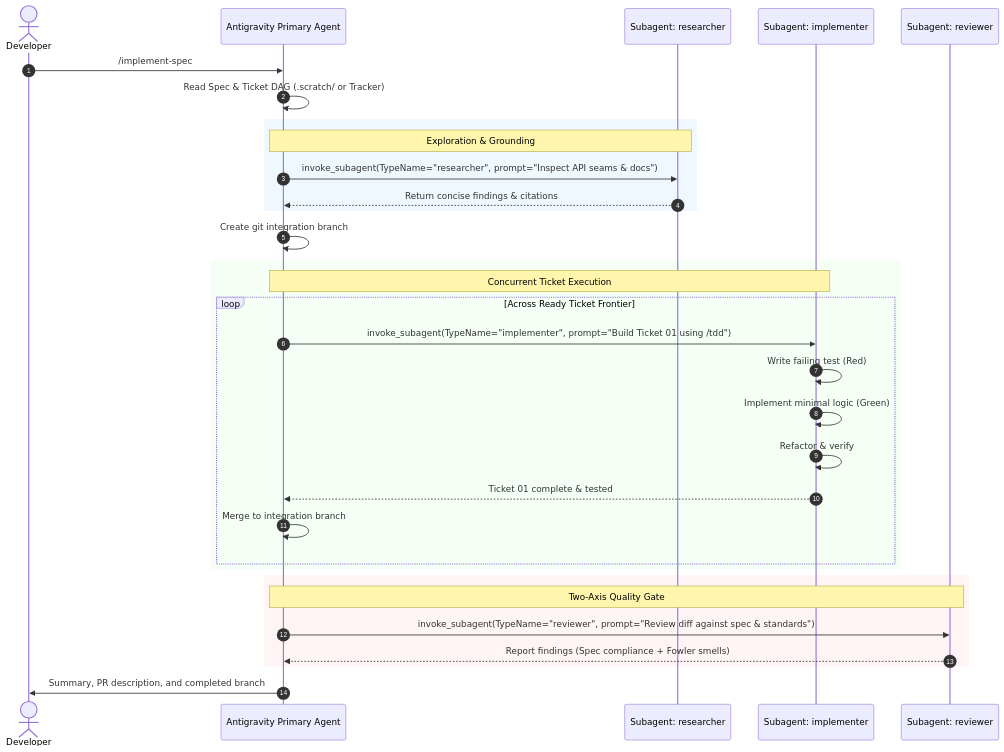
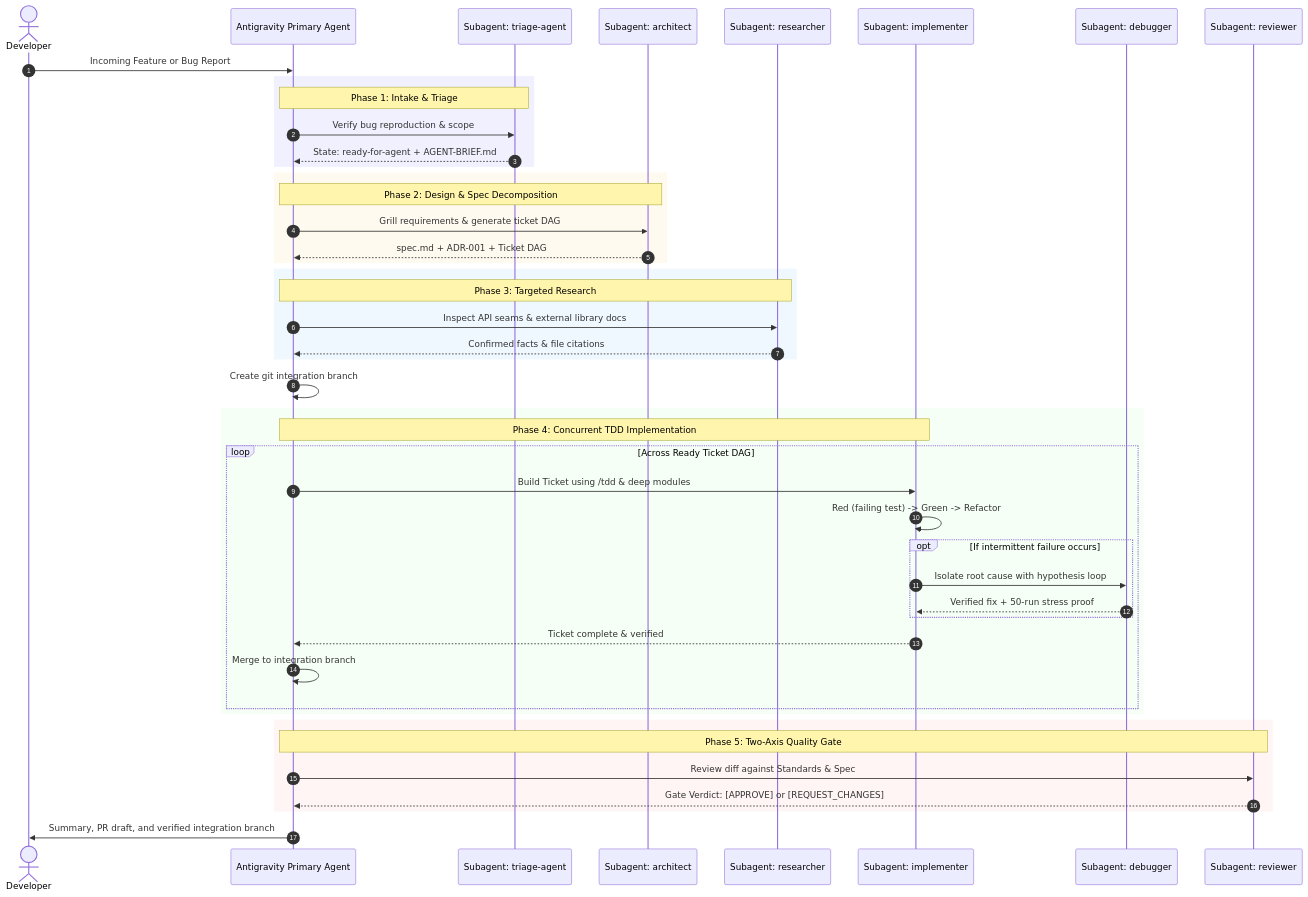
Before and after one commit to Saifallah-star/AEGIS: the second of 2 diagrams in illustration.md, drawn with Mermaid. The commit also changed other lines of this file and 9 other files, not shown here.

Commit message:
enhance agent documentation with new roles and detailed workflows for architect, debugger, and triage-agent

````diff
--- a/illustration.md
+++ b/illustration.md
@@ -114,40 +141,56 @@
 ```mermaid
 sequenceDiagram
     autonumber
     actor Human as Developer
     participant Main as Antigravity Primary Agent
+    participant Triage as Subagent: triage-agent
+    participant Architect as Subagent: architect
     participant Researcher as Subagent: researcher
     participant Implementer as Subagent: implementer
+    participant Debugger as Subagent: debugger
     participant Reviewer as Subagent: reviewer
 
-    Human->>Main: /implement-spec
-    Main->>Main: Read Spec & Ticket DAG (.scratch/ or Tracker)
+    Human->>Main: Incoming Feature or Bug Report
     
+    rect rgb(240, 240, 255)
+    note over Main,Triage: Phase 1: Intake & Triage
+    Main->>Triage: Verify bug reproduction & scope
+    Triage-->>Main: State: ready-for-agent + AGENT-BRIEF.md
+    end
+
+    rect rgb(255, 250, 240)
+    note over Main,Architect: Phase 2: Design & Spec Decomposition
+    Main->>Architect: Grill requirements & generate ticket DAG
+    Architect-->>Main: spec.md + ADR-001 + Ticket DAG
+    end
+
     rect rgb(240, 248, 255)
-    note over Main,Researcher: Exploration & Grounding
-    Main->>Researcher: invoke_subagent(TypeName="researcher", prompt="Inspect API seams & docs")
-    Researcher-->>Main: Return concise findings & citations
+    note over Main,Researcher: Phase 3: Targeted Research
+    Main->>Researcher: Inspect API seams & external library docs
+    Researcher-->>Main: Confirmed facts & file citations
     end
 
     Main->>Main: Create git integration branch
 
     rect rgb(245, 255, 245)
-    note over Main,Implementer: Concurrent Ticket Execution
-    loop Across Ready Ticket Frontier
-        Main->>Implementer: invoke_subagent(TypeName="implementer", prompt="Build Ticket 01 using /tdd")
-        Implementer->>Implementer: Write failing test (Red)
-        Implementer->>Implementer: Implement minimal logic (Green)
-        Implementer->>Implementer: Refactor & verify
-        Implementer-->>Main: Ticket 01 complete & tested
+    note over Main,Implementer: Phase 4: Concurrent TDD Implementation
+    loop Across Ready Ticket DAG
+        Main->>Implementer: Build Ticket using /tdd & deep modules
+        Implementer->>Implementer: Red (failing test) -> Green -> Refactor
+        opt If intermittent failure occurs
+            Implementer->>Debugger: Isolate root cause with hypothesis loop
+            Debugger-->>Implementer: Verified fix + 50-run stress proof
+        end
+        Implementer-->>Main: Ticket complete & verified
         Main->>Main: Merge to integration branch
     end
     end
 
     rect rgb(255, 245, 245)
-    note over Main,Reviewer: Two-Axis Quality Gate
-    Main->>Reviewer: invoke_subagent(TypeName="reviewer", prompt="Review diff against spec & standards")
-    Reviewer-->>Main: Report findings (Spec compliance + Fowler smells)
+    note over Main,Reviewer: Phase 5: Two-Axis Quality Gate
+    Main->>Reviewer: Review diff against Standards & Spec
+    Reviewer-->>Main: Gate Verdict: [APPROVE] or [REQUEST_CHANGES]
     end
 
-    Main->>Human: Summary, PR description, and completed branch
+    Main->>Human: Summary, PR draft, and verified integration branch
 ```
````
